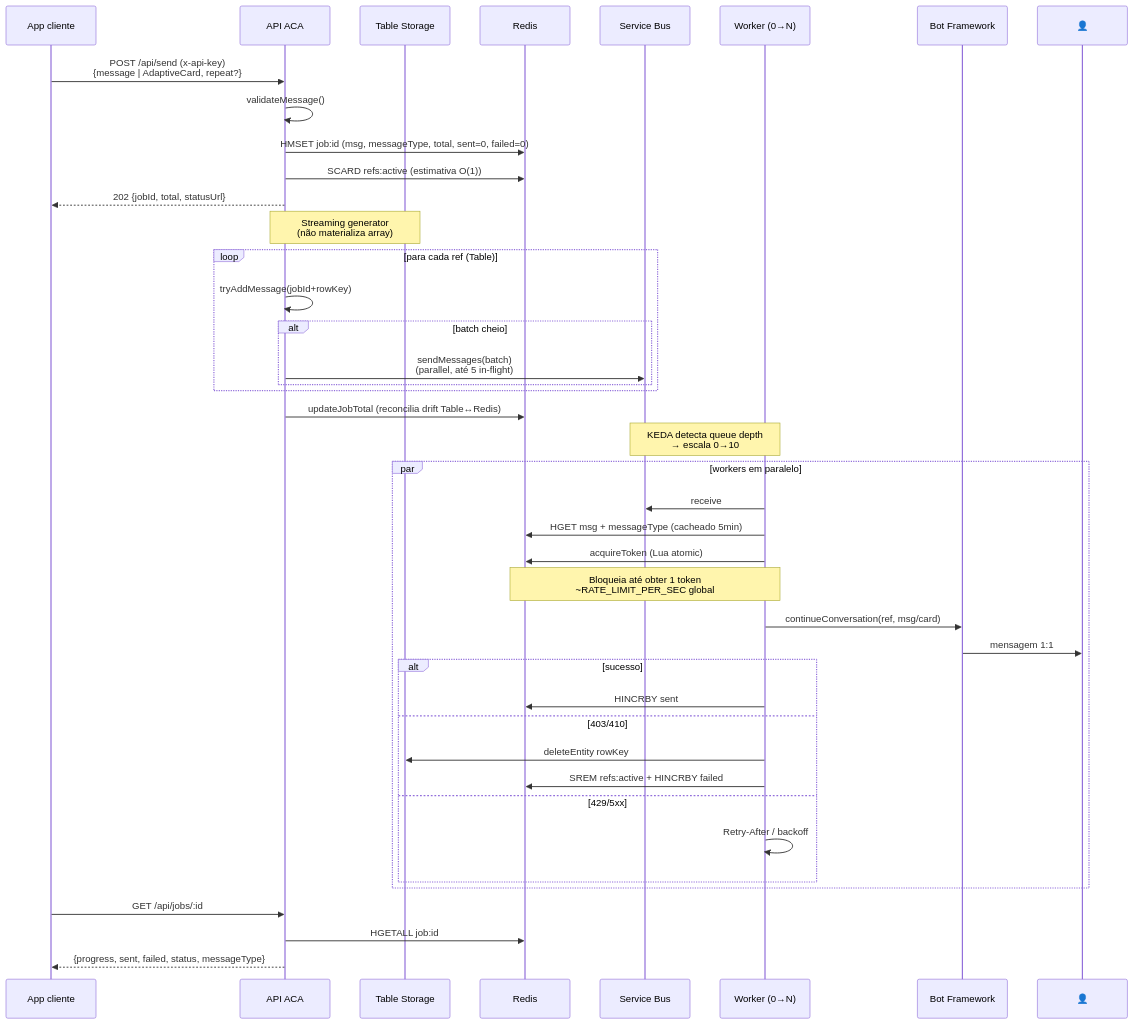
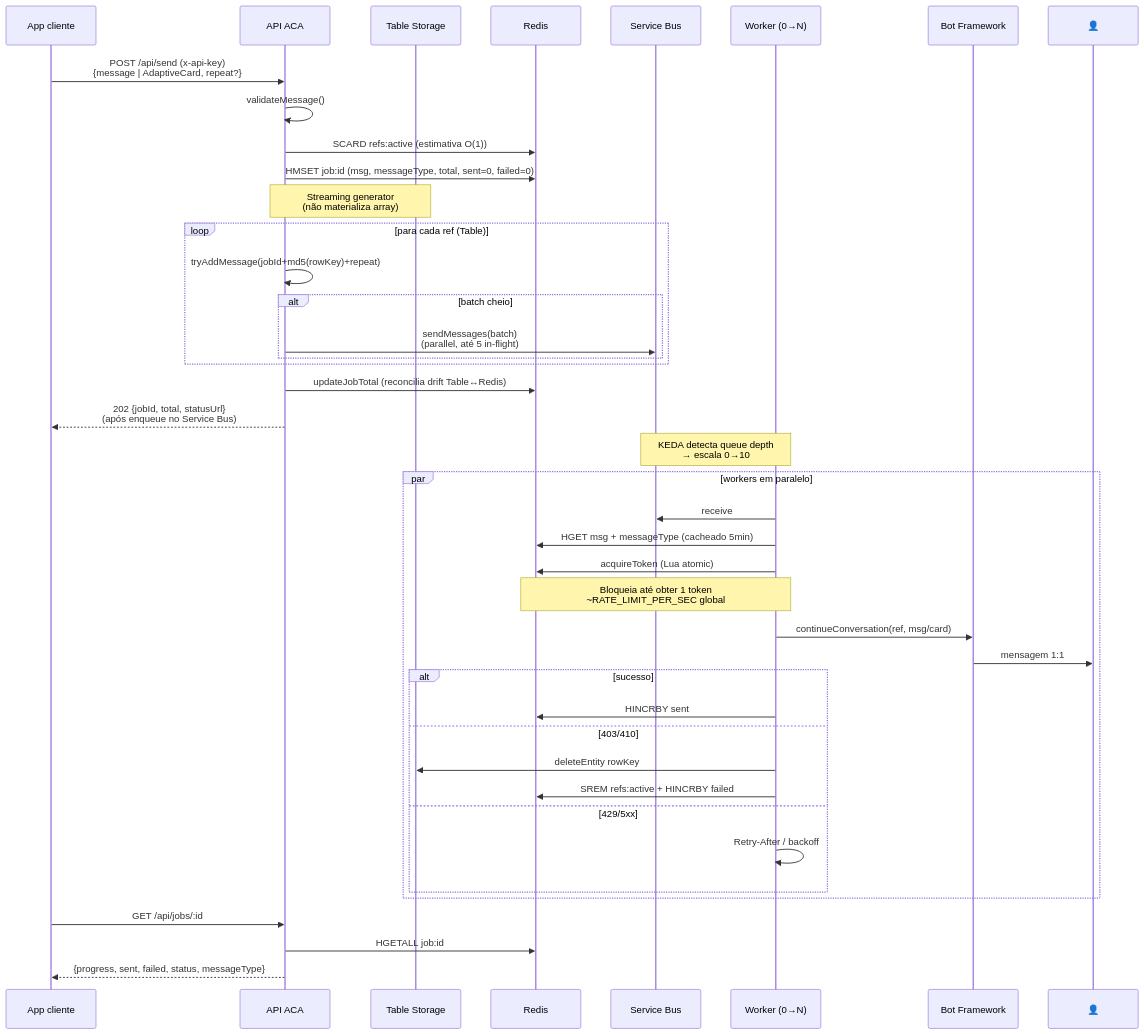
One commit to EdneiMonteiro/teams_msgs changed the fourth of 6 diagrams in README.md. Above: the diagram before and after it, drawn with Mermaid. The commit also changed other lines of this file, not shown here.

First line of the commit message:
docs: align architecture review findings

````diff
--- a/README.md
+++ b/README.md
@@ -166,48 +186,48 @@
 ```mermaid
 sequenceDiagram
     participant Client as App cliente
     participant API as API ACA
     participant Table as Table Storage
     participant Redis as Redis
     participant SB as Service Bus
     participant Worker as Worker (0→N)
     participant Bot as Bot Framework
     participant User as 👤
 
     Client->>API: POST /api/send (x-api-key)<br/>{message | AdaptiveCard, repeat?}
     API->>API: validateMessage()
+    API->>Redis: SCARD refs:active (estimativa O(1))
     API->>Redis: HMSET job:id (msg, messageType, total, sent=0, failed=0)
-    API->>Redis: SCARD refs:active (estimativa O(1))
-    API-->>Client: 202 {jobId, total, statusUrl}
     Note over API,Table: Streaming generator<br/>(não materializa array)
     loop para cada ref (Table)
-        API->>API: tryAddMessage(jobId+rowKey)
+        API->>API: tryAddMessage(jobId+md5(rowKey)+repeat)
         alt batch cheio
             API->>SB: sendMessages(batch)<br/>(parallel, até 5 in-flight)
         end
     end
     API->>Redis: updateJobTotal (reconcilia drift Table↔Redis)
+    API-->>Client: 202 {jobId, total, statusUrl}<br/>(após enqueue no Service Bus)
 
     Note over SB,Worker: KEDA detecta queue depth<br/>→ escala 0→10
 
     par workers em paralelo
         Worker->>SB: receive
         Worker->>Redis: HGET msg + messageType (cacheado 5min)
         Worker->>Redis: acquireToken (Lua atomic)
         Note over Worker,Redis: Bloqueia até obter 1 token<br/>~RATE_LIMIT_PER_SEC global
         Worker->>Bot: continueConversation(ref, msg/card)
         Bot->>User: mensagem 1:1
         alt sucesso
             Worker->>Redis: HINCRBY sent
         else 403/410
             Worker->>Table: deleteEntity rowKey
             Worker->>Redis: SREM refs:active + HINCRBY failed
         else 429/5xx
             Worker->>Worker: Retry-After / backoff
         end
     end
 
     Client->>API: GET /api/jobs/:id
     API->>Redis: HGETALL job:id
     API-->>Client: {progress, sent, failed, status, messageType}
 ```
````
